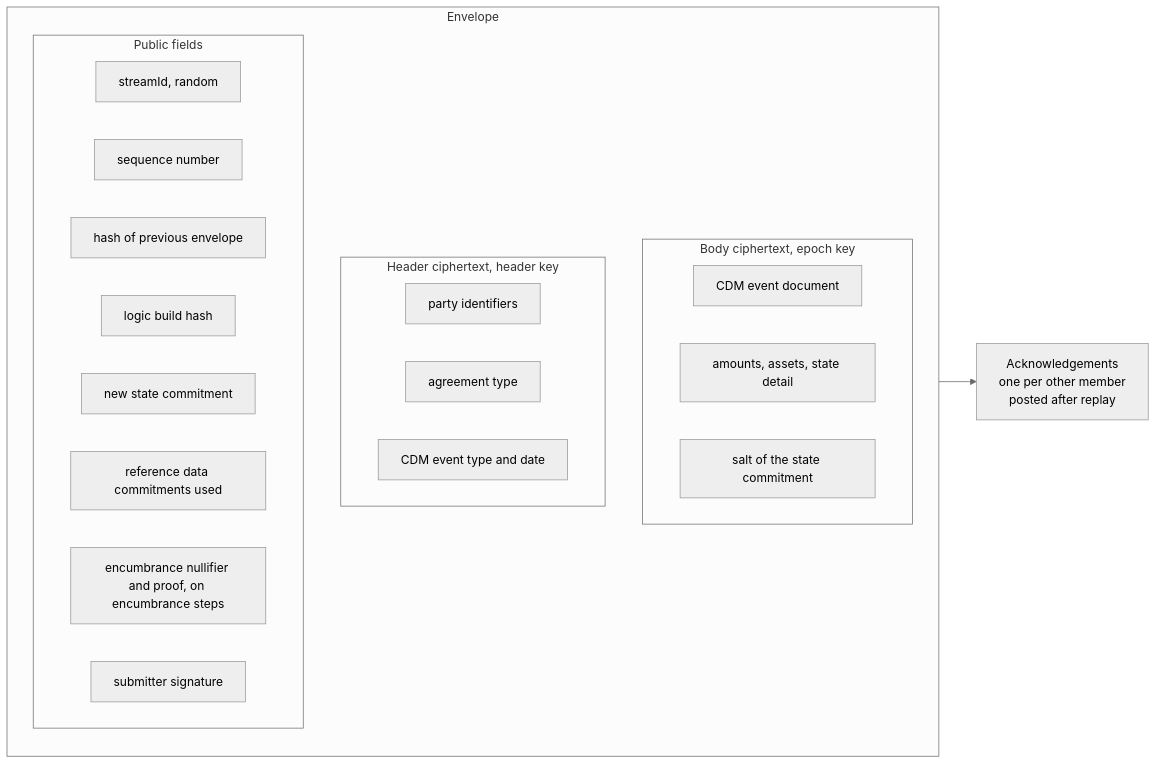
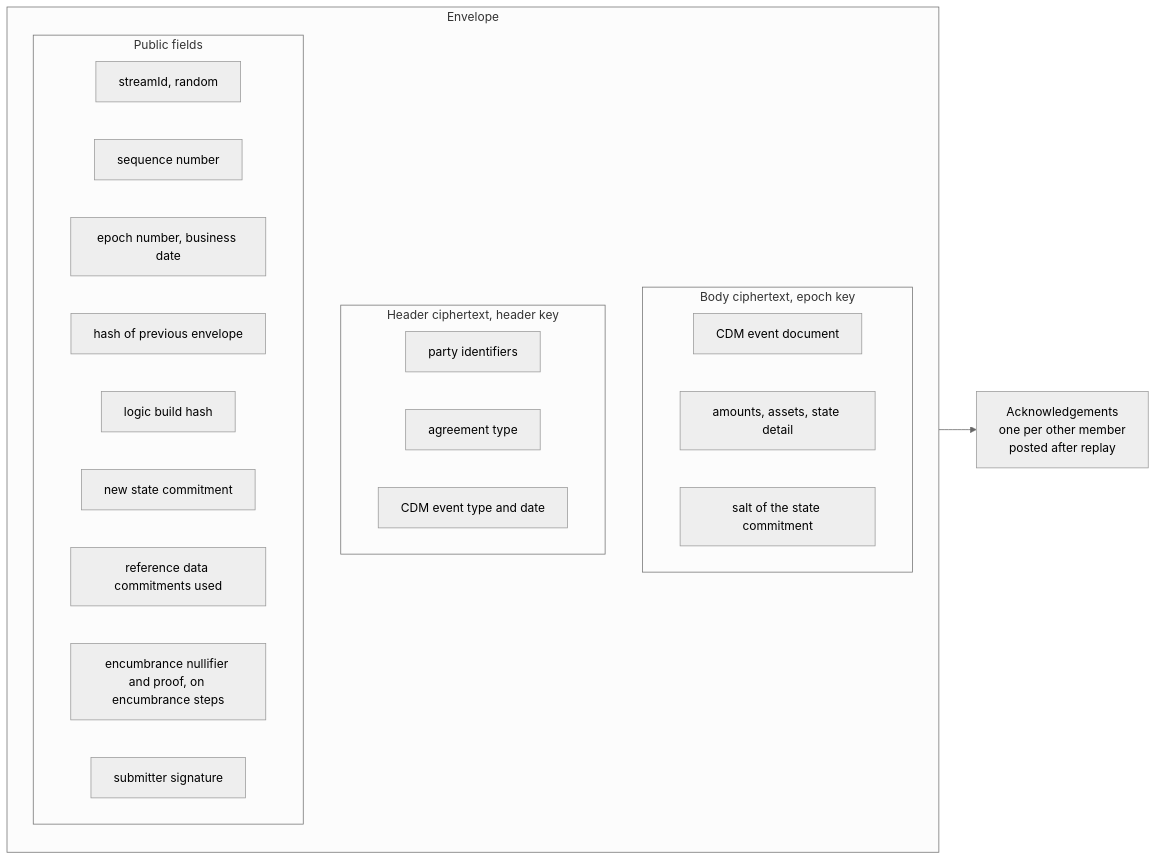
The third of 10 diagrams in docs/architecture/onchain-privacy.md (finos-hack/cdm-collateral), drawn with Mermaid (neutral theme) before and after one commit. The commit also changed other lines of this file, not shown here.

First line of the commit message:
docs: onchain-privacy sets one-business-day epoch keys derived inside the member HSM

````diff
--- a/docs/architecture/onchain-privacy.md
+++ b/docs/architecture/onchain-privacy.md
@@ -362,28 +362,29 @@
 ```mermaid
 flowchart LR
   subgraph env["Envelope"]
     direction TB
     subgraph body["Body ciphertext, epoch key"]
       B1["CDM event document"]
       B2["amounts, assets, state detail"]
       B3["salt of the state commitment"]
     end
     subgraph hdr["Header ciphertext, header key"]
       H1["party identifiers"]
       H2["agreement type"]
       H3["CDM event type and date"]
     end
     subgraph pub["Public fields"]
       S["streamId, random"]
       Q["sequence number"]
+      EP["epoch number, business date"]
       P["hash of previous envelope"]
       L["logic build hash"]
       C["new state commitment"]
       T["reference data commitments used"]
       N["encumbrance nullifier and proof, on encumbrance steps"]
       G["submitter signature"]
     end
   end
   ACK["Acknowledgements<br/>one per other member<br/>posted after replay"]
   env --> ACK
 ```
````
